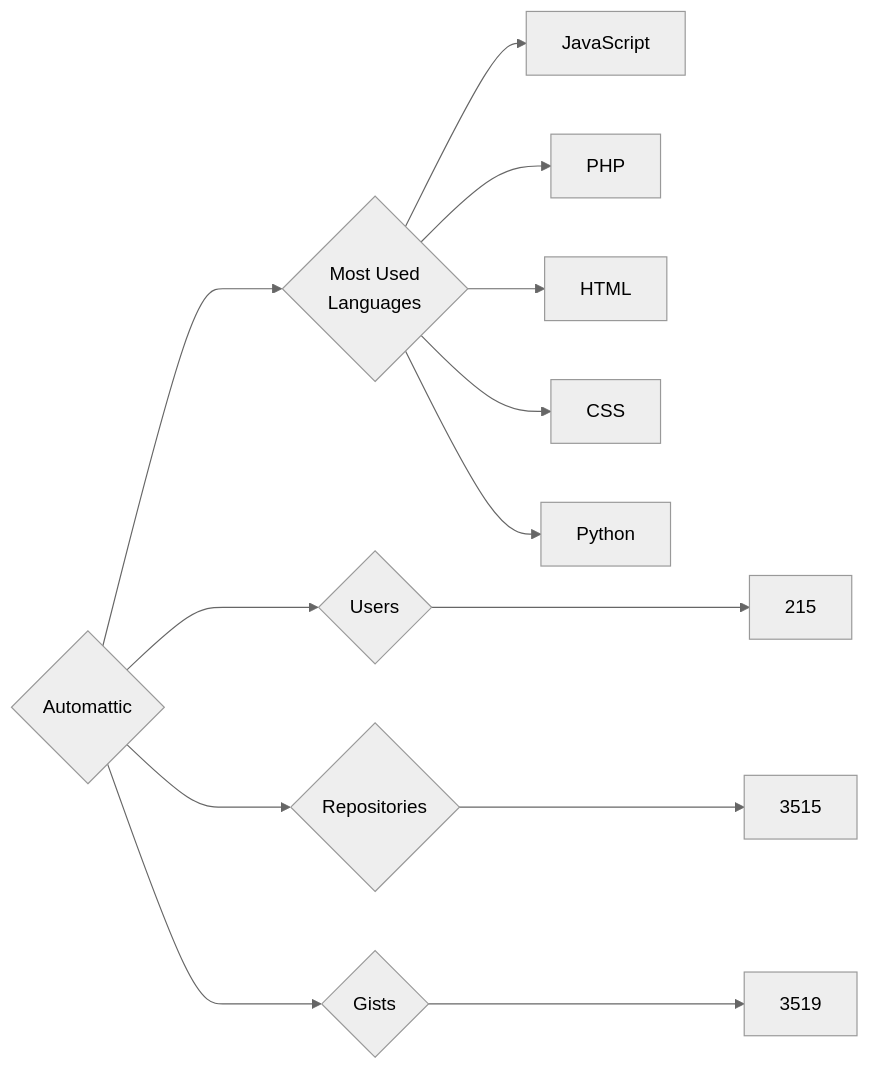
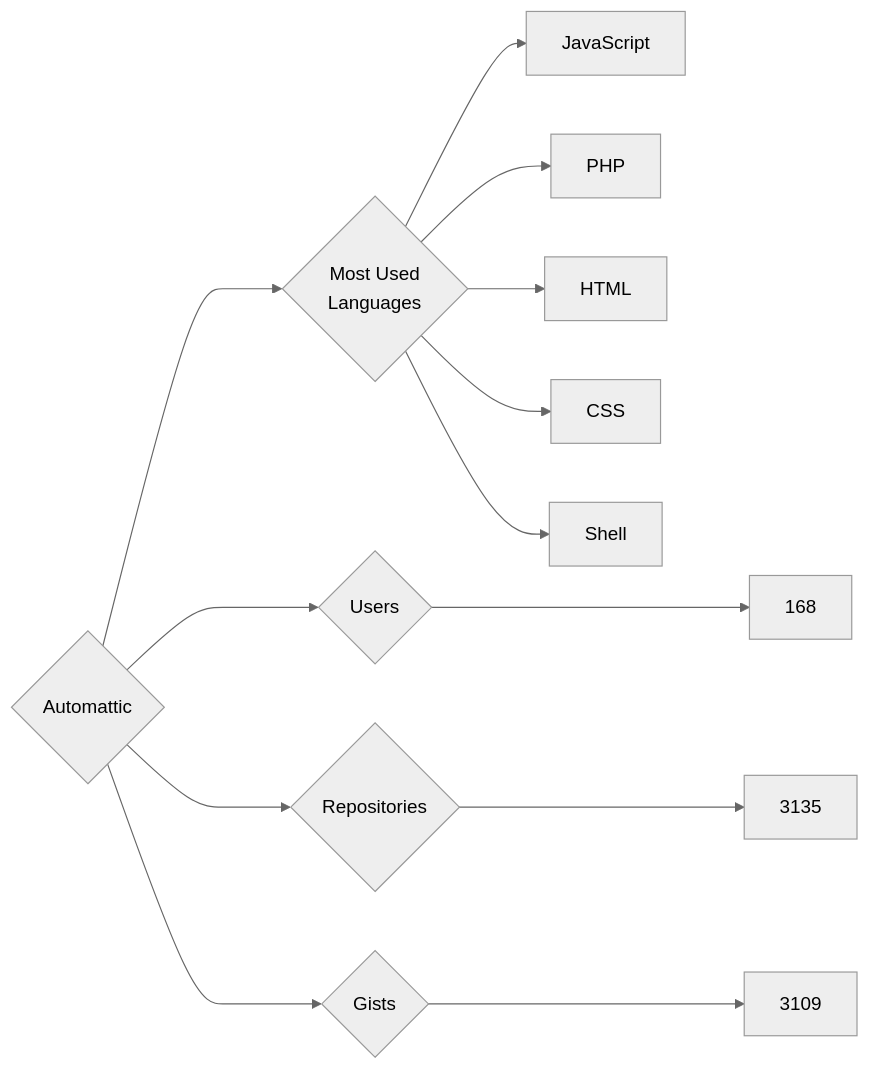
The diagram in targets/Automattic/README.md (trickest/insiders), drawn with Mermaid (neutral theme) before and after one commit. The commit also changed 895 other files, not shown here.

````diff
--- a/targets/Automattic/README.md
+++ b/targets/Automattic/README.md
@@ -3,13 +3,13 @@
 ```mermaid
 graph LR
 COMPANY_NAME{Automattic}
-COMPANY_NAME ---> U{Users} ---> UN[215]
-COMPANY_NAME ---> R{Repositories} ---> RN[3515]
-COMPANY_NAME ---> G{Gists} ---> GN[3519]
+COMPANY_NAME ---> U{Users} ---> UN[168]
+COMPANY_NAME ---> R{Repositories} ---> RN[3135]
+COMPANY_NAME ---> G{Gists} ---> GN[3109]
 COMPANY_NAME ---> ML{Most Used<br>Languages}
 ML --> JavaScript[JavaScript]
 ML --> PHP[PHP]
 ML --> HTML[HTML]
 ML --> CSS[CSS]
-ML --> Python[Python]
+ML --> Shell[Shell]
 ```
````
